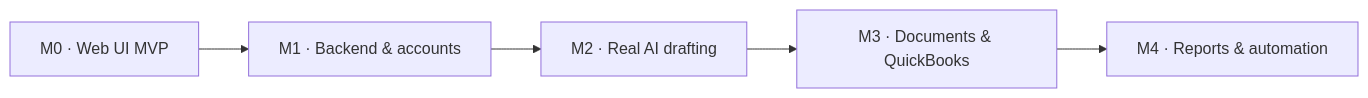
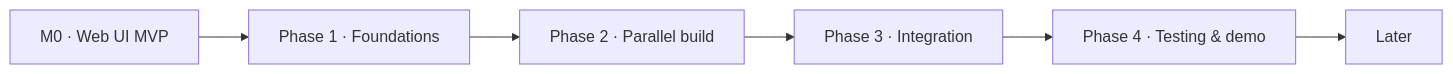
One commit to noddle-Cake/grantit changed the diagram in docs/roadmap.md. Above: the diagram before and after it, drawn with Mermaid. The commit also changed other lines of this file and 3 other files, not shown here.

````diff
--- a/docs/roadmap.md
+++ b/docs/roadmap.md
@@ -7,12 +7,14 @@
 ```mermaid
 flowchart LR
   M1["M0 · Web UI MVP"]
-  M2["M1 · Backend & accounts"]
-  M3["M2 · Real AI drafting"]
-  M4["M3 · Documents & QuickBooks"]
-  M5["M4 · Reports & automation"]
+  M2["Phase 1 · Foundations"]
+  M3["Phase 2 · Parallel build"]
+  M4["Phase 3 · Integration"]
+  M5["Phase 4 · Testing & demo"]
+  M6["Later"]
   M1 --> M2
   M2 --> M3
   M3 --> M4
   M4 --> M5
+  M5 --> M6
 ```
````
